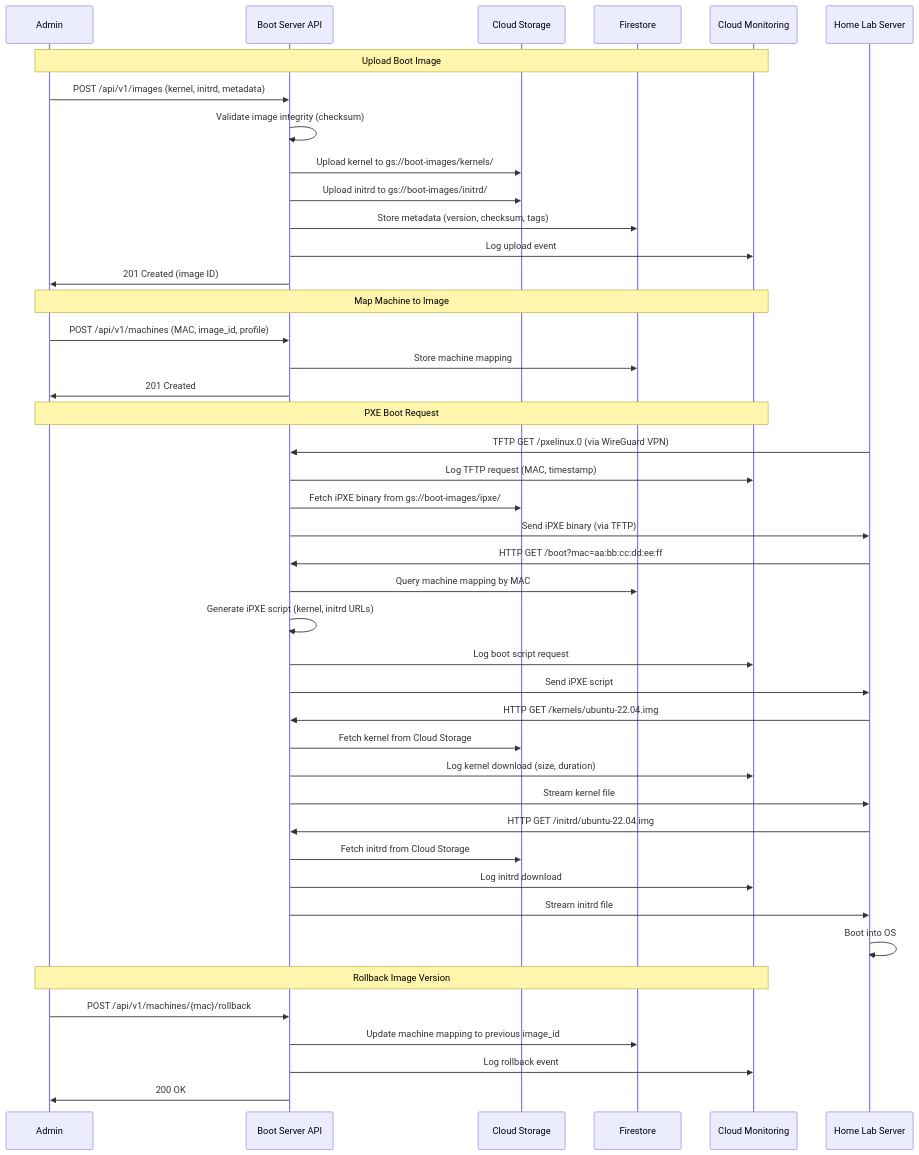
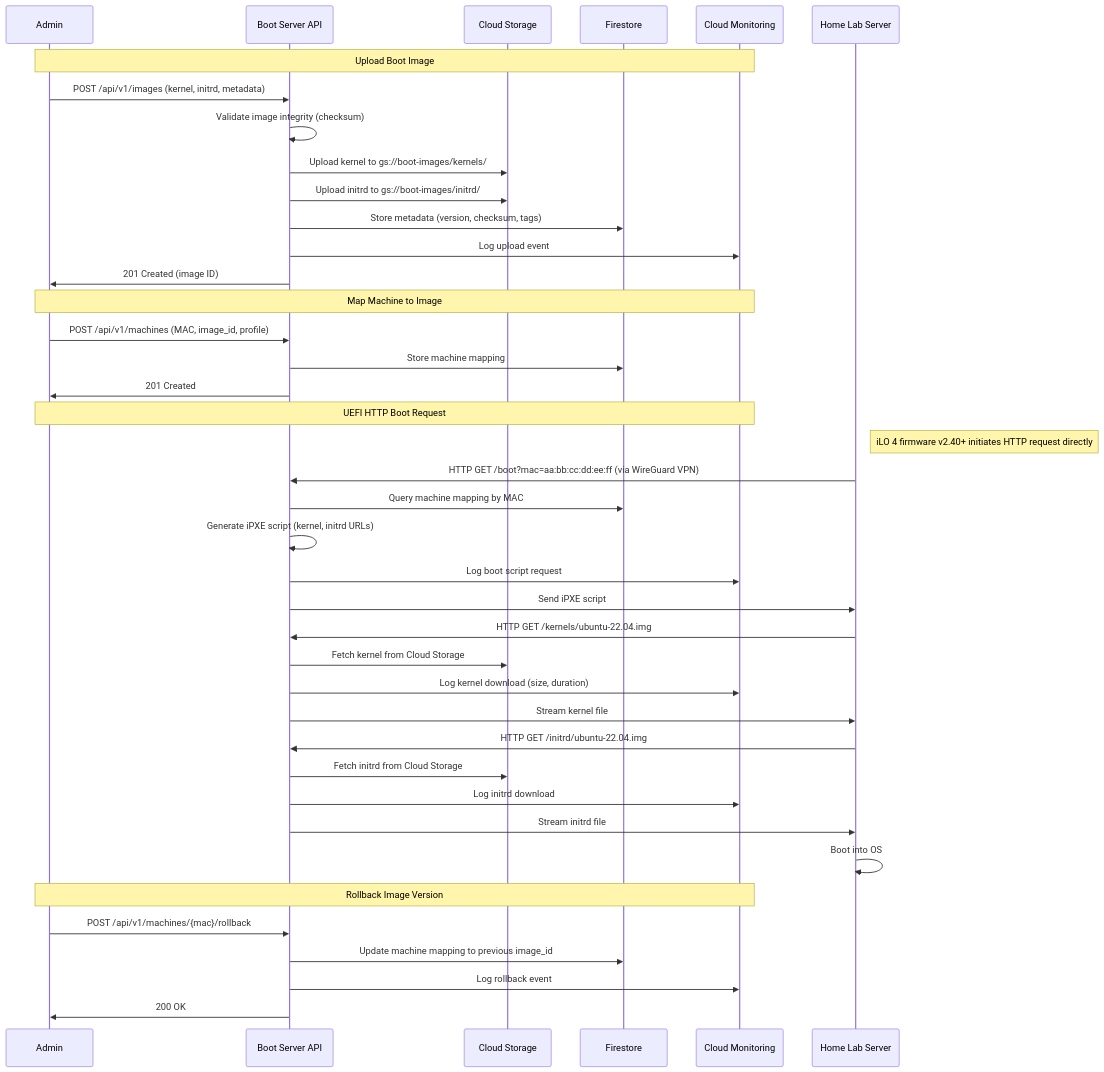
The second of 7 diagrams in docs/content/r&d/adrs/0005-network-boot-infrastructure-gcp.md (Zaba505/infra), drawn with Mermaid before and after one commit. The commit also changed other lines of this file, not shown here.

````diff
--- a/docs/content/r&d/adrs/0005-network-boot-infrastructure-gcp.md
+++ b/docs/content/r&d/adrs/0005-network-boot-infrastructure-gcp.md
@@ -147,53 +174,49 @@
 ```mermaid
 sequenceDiagram
     participant Admin
     participant API as Boot Server API
     participant Storage as Cloud Storage
     participant DB as Firestore
     participant Monitor as Cloud Monitoring
 
     Note over Admin,Monitor: Upload Boot Image
     Admin->>API: POST /api/v1/images (kernel, initrd, metadata)
     API->>API: Validate image integrity (checksum)
     API->>Storage: Upload kernel to gs://boot-images/kernels/
     API->>Storage: Upload initrd to gs://boot-images/initrd/
     API->>DB: Store metadata (version, checksum, tags)
     API->>Monitor: Log upload event
     API->>Admin: 201 Created (image ID)
 
     Note over Admin,Monitor: Map Machine to Image
     Admin->>API: POST /api/v1/machines (MAC, image_id, profile)
     API->>DB: Store machine mapping
     API->>Admin: 201 Created
 
-    Note over Admin,Monitor: PXE Boot Request
+    Note over Admin,Monitor: UEFI HTTP Boot Request
     participant Server as Home Lab Server
-    Server->>API: TFTP GET /pxelinux.0 (via WireGuard VPN)
-    API->>Monitor: Log TFTP request (MAC, timestamp)
-    API->>Storage: Fetch iPXE binary from gs://boot-images/ipxe/
-    API->>Server: Send iPXE binary (via TFTP)
-    
-    Server->>API: HTTP GET /boot?mac=aa:bb:cc:dd:ee:ff
+    Note right of Server: iLO 4 firmware v2.40+ initiates HTTP request directly
+    Server->>API: HTTP GET /boot?mac=aa:bb:cc:dd:ee:ff (via WireGuard VPN)
     API->>DB: Query machine mapping by MAC
     API->>API: Generate iPXE script (kernel, initrd URLs)
     API->>Monitor: Log boot script request
     API->>Server: Send iPXE script
     
     Server->>API: HTTP GET /kernels/ubuntu-22.04.img
     API->>Storage: Fetch kernel from Cloud Storage
     API->>Monitor: Log kernel download (size, duration)
     API->>Server: Stream kernel file
     
     Server->>API: HTTP GET /initrd/ubuntu-22.04.img
     API->>Storage: Fetch initrd from Cloud Storage
     API->>Monitor: Log initrd download
     API->>Server: Stream initrd file
     
     Server->>Server: Boot into OS
     
     Note over Admin,Monitor: Rollback Image Version
     Admin->>API: POST /api/v1/machines/{mac}/rollback
     API->>DB: Update machine mapping to previous image_id
     API->>Monitor: Log rollback event
     API->>Admin: 200 OK
 ```
````
